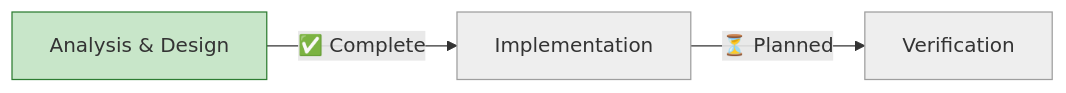
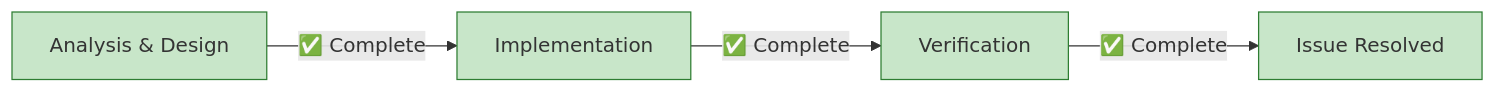
The diagram in docs/proposals/27-fix-ci-npm-configuration/progress.md (info-tech-io/hugo-templates), drawn with Mermaid before and after one commit. The commit also changed other lines of this file, not shown here.

First line of the commit message:
docs(issue-27): finalize progress.md with CI verification results

````diff
--- a/docs/proposals/27-fix-ci-npm-configuration/progress.md
+++ b/docs/proposals/27-fix-ci-npm-configuration/progress.md
@@ -5,13 +5,15 @@
 ```mermaid
 graph LR
     A[Analysis & Design] -->|✅ Complete| B[Implementation]
-    B -->|⏳ Planned| C[Verification]
+    B -->|✅ Complete| C[Verification]
+    C -->|✅ Complete| D[Issue Resolved]
 
     style A fill:#c8e6c9,stroke:#2e7d32
-    style B fill:#eeeeee,stroke:#9e9e9e
-    style C fill:#eeeeee,stroke:#9e9e9e
+    style B fill:#c8e6c9,stroke:#2e7d32
+    style C fill:#c8e6c9,stroke:#2e7d32
+    style D fill:#c8e6c9,stroke:#2e7d32
 
     click A "design.md"
     click B "design.md#implementation-plan"
     click C "design.md#verification--testing"
 ```
````
